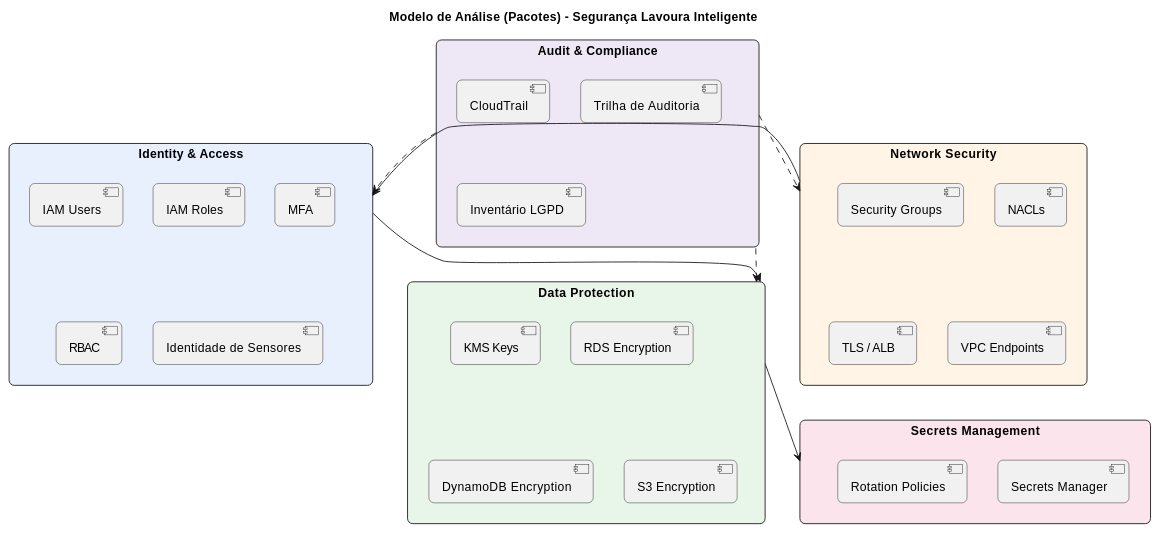
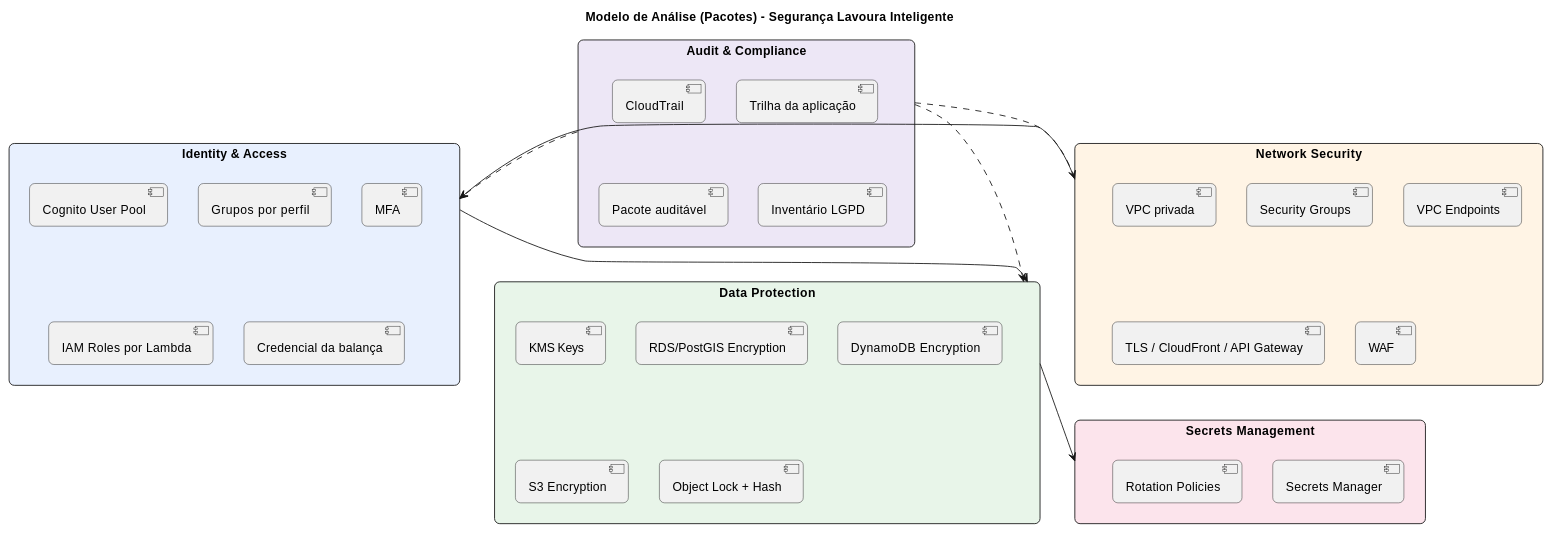
Before and after one commit to Projetos-de-Extensao/PC_ADS_26.2_8001_II: the first of 6 diagrams in docs/Elaboracao/modelo_analise_seguranca.md, drawn with PlantUML. The commit also changed other lines of this file and 8 other files, not shown here.

````diff
--- a/docs/Elaboracao/modelo_analise_seguranca.md
+++ b/docs/Elaboracao/modelo_analise_seguranca.md
@@ -68,47 +64,50 @@
 ```plantuml
 @startuml LavouraInteligente_PacotesSeguranca
 skinparam roundCorner 12
 skinparam packageStyle rectangle
 title Modelo de Análise (Pacotes) - Segurança Lavoura Inteligente
 
 package "Identity & Access" as IAM_PKG #E8F0FE {
-  [IAM Users]
-  [IAM Roles]
+  [Cognito User Pool]
+  [Grupos por perfil]
   [MFA]
-  [RBAC]
-  [Identidade de Sensores]
+  [IAM Roles por Lambda]
+  [Credencial da balança]
 }
 
 package "Network Security" as NET_PKG #FFF4E5 {
+  [VPC privada]
   [Security Groups]
-  [NACLs]
-  [TLS / ALB]
   [VPC Endpoints]
+  [TLS / CloudFront / API Gateway]
+  [WAF]
 }
 
 package "Data Protection" as DATA_PKG #E8F5E9 {
   [KMS Keys]
-  [RDS Encryption]
+  [RDS/PostGIS Encryption]
   [DynamoDB Encryption]
   [S3 Encryption]
+  [Object Lock + Hash]
 }
 
 package "Secrets Management" as SEC_PKG #FCE4EC {
   [Secrets Manager]
   [Rotation Policies]
 }
 
 package "Audit & Compliance" as AUD_PKG #EDE7F6 {
   [CloudTrail]
-  [Trilha de Auditoria]
+  [Trilha da aplicação]
+  [Pacote auditável]
   [Inventário LGPD]
 }
 
 NET_PKG --> IAM_PKG
 IAM_PKG --> DATA_PKG
 DATA_PKG --> SEC_PKG
 AUD_PKG ..> IAM_PKG
 AUD_PKG ..> NET_PKG
 AUD_PKG ..> DATA_PKG
 @enduml
 ```
````
